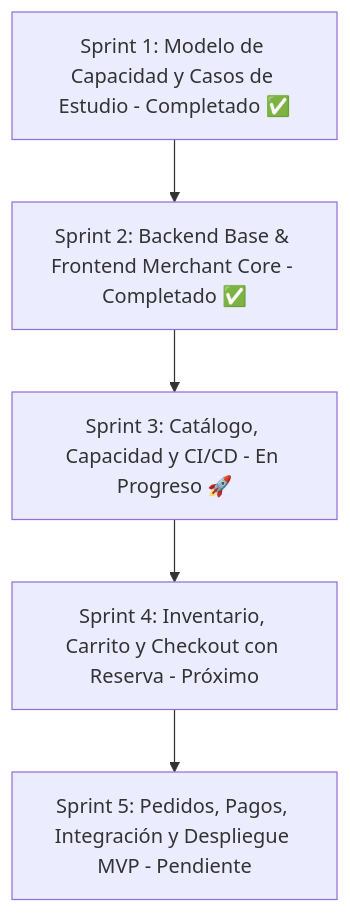
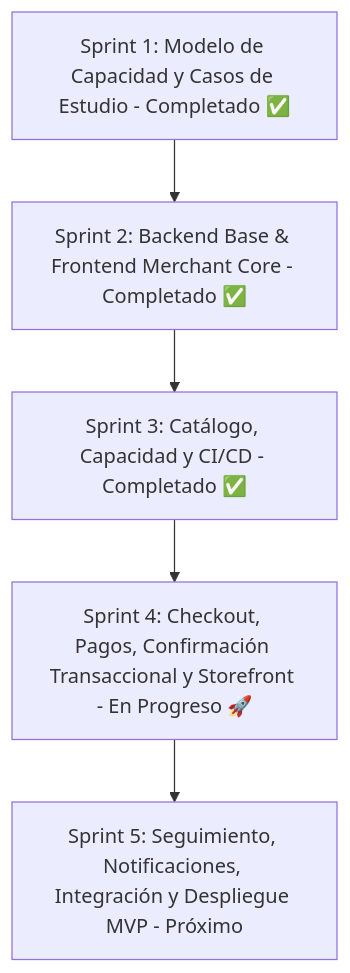
Before and after one commit to iJosueeh/jaldishop: the second of 2 diagrams in docs/index.md, drawn with Mermaid. The commit also changed other lines of this file and 5 other files, not shown here.

````diff
--- a/docs/index.md
+++ b/docs/index.md
@@ -73,10 +73,10 @@
 ```mermaid
 flowchart TD
     S1["Sprint 1: Modelo de Capacidad y Casos de Estudio - Completado ✅"]
     S2["Sprint 2: Backend Base & Frontend Merchant Core - Completado ✅"]
-    S3["Sprint 3: Catálogo, Capacidad y CI/CD - En Progreso 🚀"]
-    S4["Sprint 4: Inventario, Carrito y Checkout con Reserva - Próximo"]
-    S5["Sprint 5: Pedidos, Pagos, Integración y Despliegue MVP - Pendiente"]
+    S3["Sprint 3: Catálogo, Capacidad y CI/CD - Completado ✅"]
+    S4["Sprint 4: Checkout, Pagos, Confirmación Transaccional y Storefront - En Progreso 🚀"]
+    S5["Sprint 5: Seguimiento, Notificaciones, Integración y Despliegue MVP - Próximo"]
 
     S1 --> S2 --> S3 --> S4 --> S5
 ```
````
